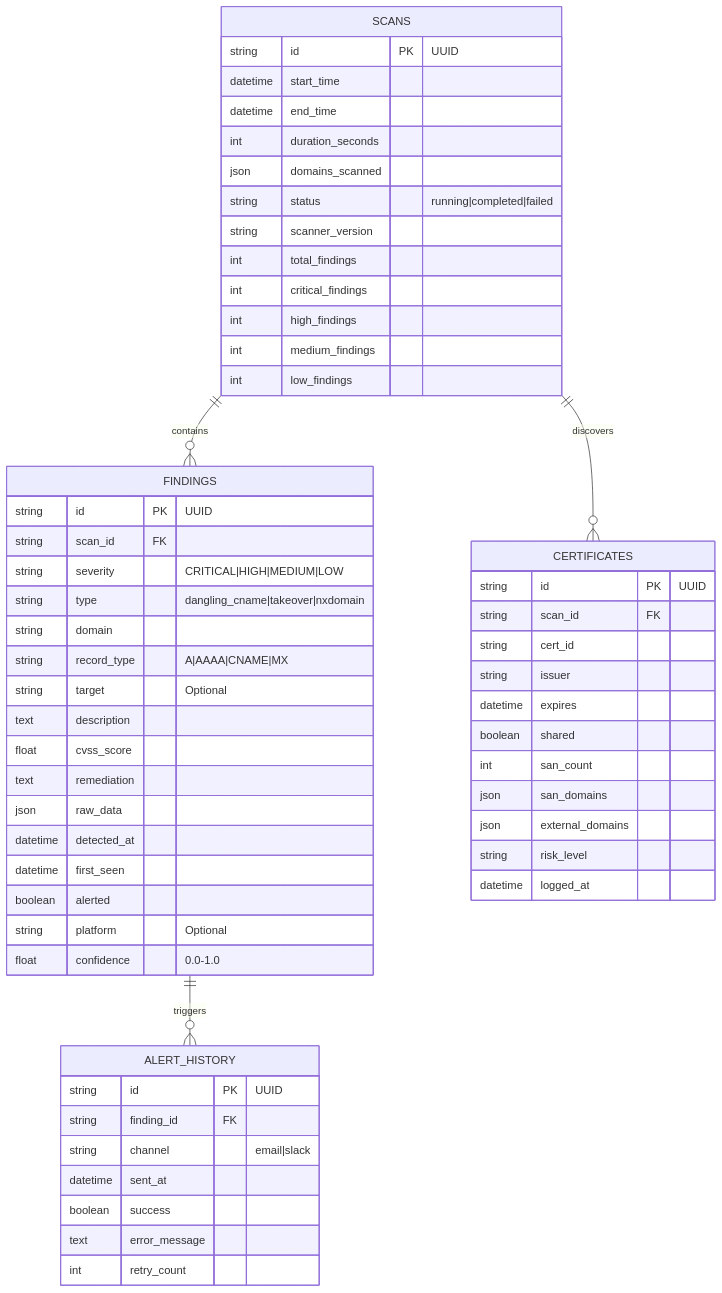
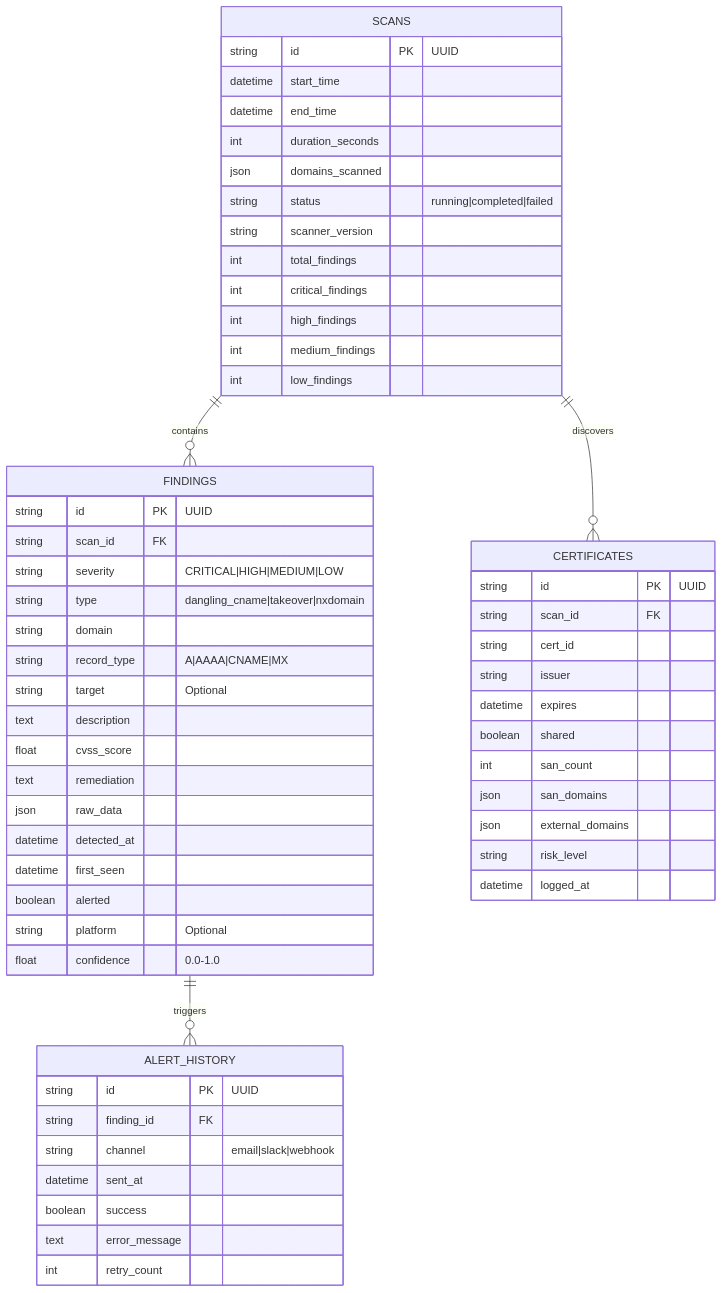
Before and after one commit to Ap6pack/security_monitoring: the sixth of 12 diagrams in docs/ARCHITECTURE.md, drawn with Mermaid. The commit also changed other lines of this file and 2 other files, not shown here.

````diff
--- a/docs/ARCHITECTURE.md
+++ b/docs/ARCHITECTURE.md
@@ -324,64 +331,64 @@
 ```mermaid
 erDiagram
     SCANS ||--o{ FINDINGS : contains
     SCANS ||--o{ CERTIFICATES : discovers
     FINDINGS ||--o{ ALERT_HISTORY : triggers
 
     SCANS {
         string id PK "UUID"
         datetime start_time
         datetime end_time
         int duration_seconds
         json domains_scanned
         string status "running|completed|failed"
         string scanner_version
         int total_findings
         int critical_findings
         int high_findings
         int medium_findings
         int low_findings
     }
 
     FINDINGS {
         string id PK "UUID"
         string scan_id FK
         string severity "CRITICAL|HIGH|MEDIUM|LOW"
         string type "dangling_cname|takeover|nxdomain"
         string domain
         string record_type "A|AAAA|CNAME|MX"
         string target "Optional"
         text description
         float cvss_score
         text remediation
         json raw_data
         datetime detected_at
         datetime first_seen
         boolean alerted
         string platform "Optional"
         float confidence "0.0-1.0"
     }
 
     CERTIFICATES {
         string id PK "UUID"
         string scan_id FK
         string cert_id
         string issuer
         datetime expires
         boolean shared
         int san_count
         json san_domains
         json external_domains
         string risk_level
         datetime logged_at
     }
 
     ALERT_HISTORY {
         string id PK "UUID"
         string finding_id FK
-        string channel "email|slack"
+        string channel "email|slack|webhook"
         datetime sent_at
         boolean success
         text error_message
         int retry_count
     }
 ```
````
